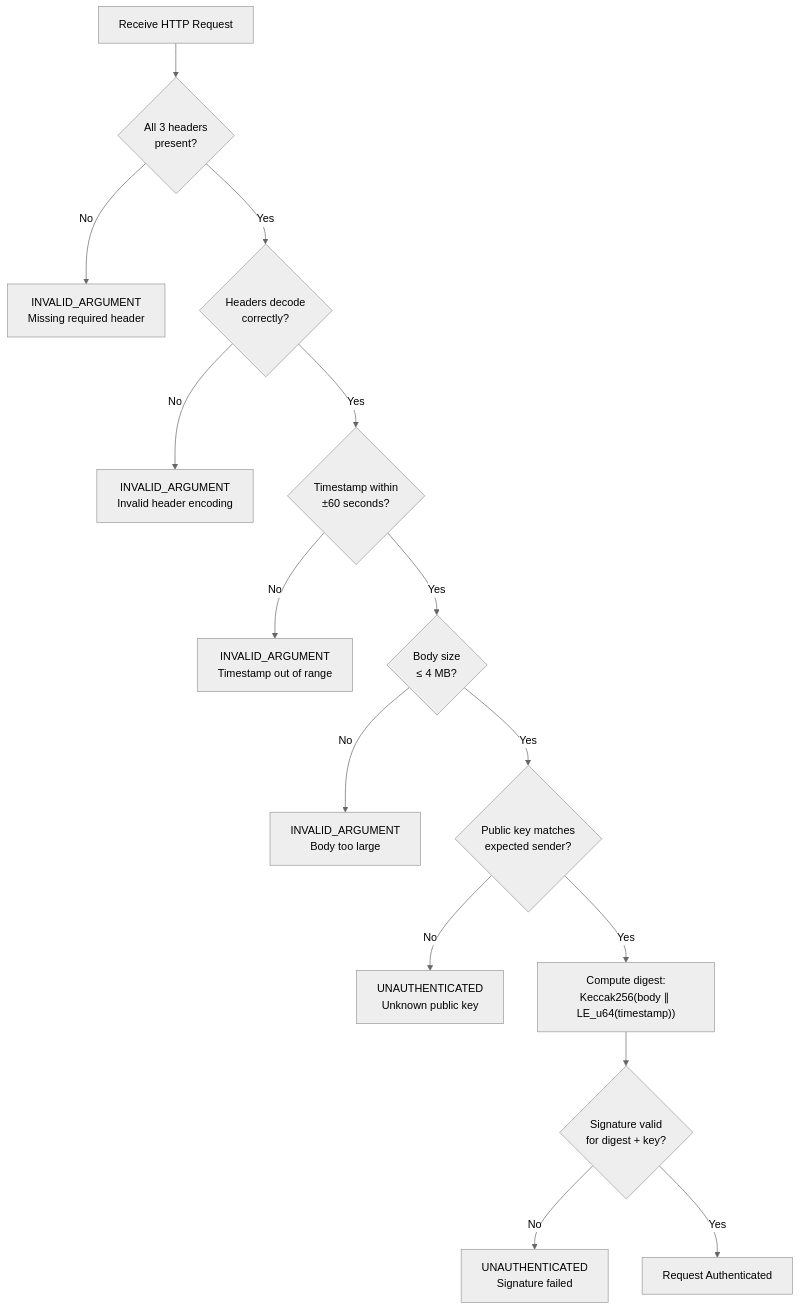
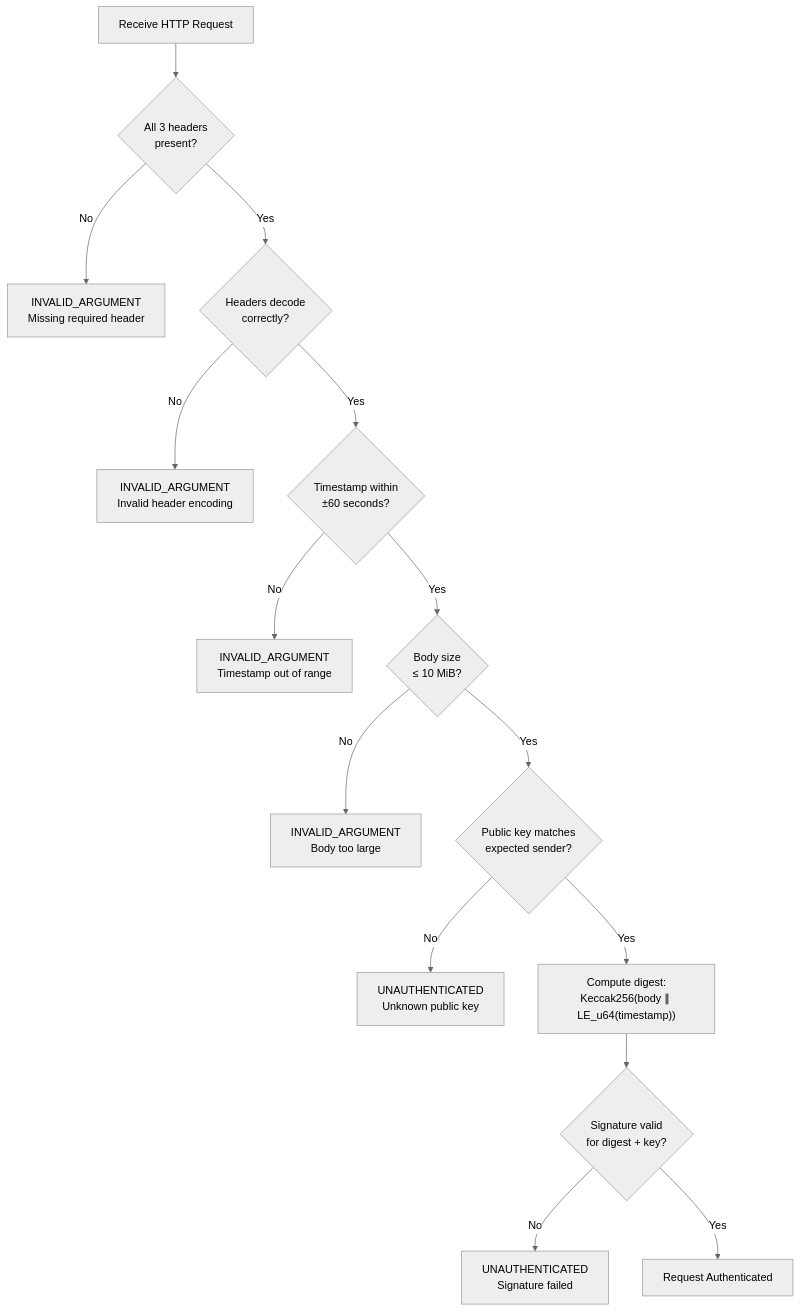
One commit to t-0-network/provider-sdk changed the fourth of 9 diagrams in docs/python/ARCHITECTURE.md. Above: the diagram before and after it, drawn with Mermaid (neutral theme). The commit also changed other lines of this file and 145 other files, not shown here.

````diff
--- a/docs/python/ARCHITECTURE.md
+++ b/docs/python/ARCHITECTURE.md
@@ -210,17 +212,17 @@
 ```mermaid
 flowchart TD
     A[Receive HTTP Request] --> B{All 3 headers<br/>present?}
     B -->|No| E1["INVALID_ARGUMENT<br/>Missing required header"]
     B -->|Yes| C{Headers decode<br/>correctly?}
     C -->|No| E2["INVALID_ARGUMENT<br/>Invalid header encoding"]
     C -->|Yes| D{Timestamp within<br/>±60 seconds?}
     D -->|No| E3["INVALID_ARGUMENT<br/>Timestamp out of range"]
-    D -->|Yes| F{Body size<br/>≤ 4 MB?}
+    D -->|Yes| F{Body size<br/>≤ 10 MiB?}
     F -->|No| E4["INVALID_ARGUMENT<br/>Body too large"]
     F -->|Yes| G{Public key matches<br/>expected sender?}
     G -->|No| E5["UNAUTHENTICATED<br/>Unknown public key"]
     G -->|Yes| H["Compute digest:<br/>Keccak256(body ∥ LE_u64(timestamp))"]
     H --> I{Signature valid<br/>for digest + key?}
     I -->|No| E6["UNAUTHENTICATED<br/>Signature failed"]
     I -->|Yes| J[Request Authenticated]
 ```
````
